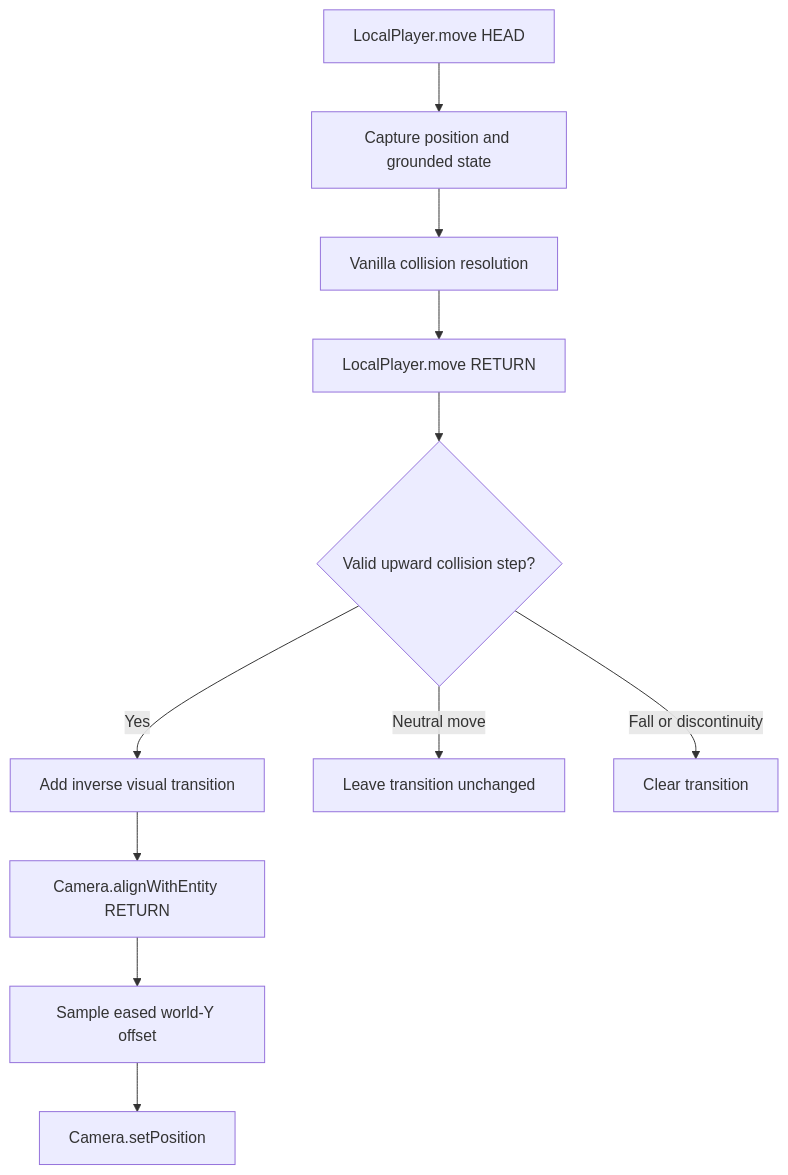
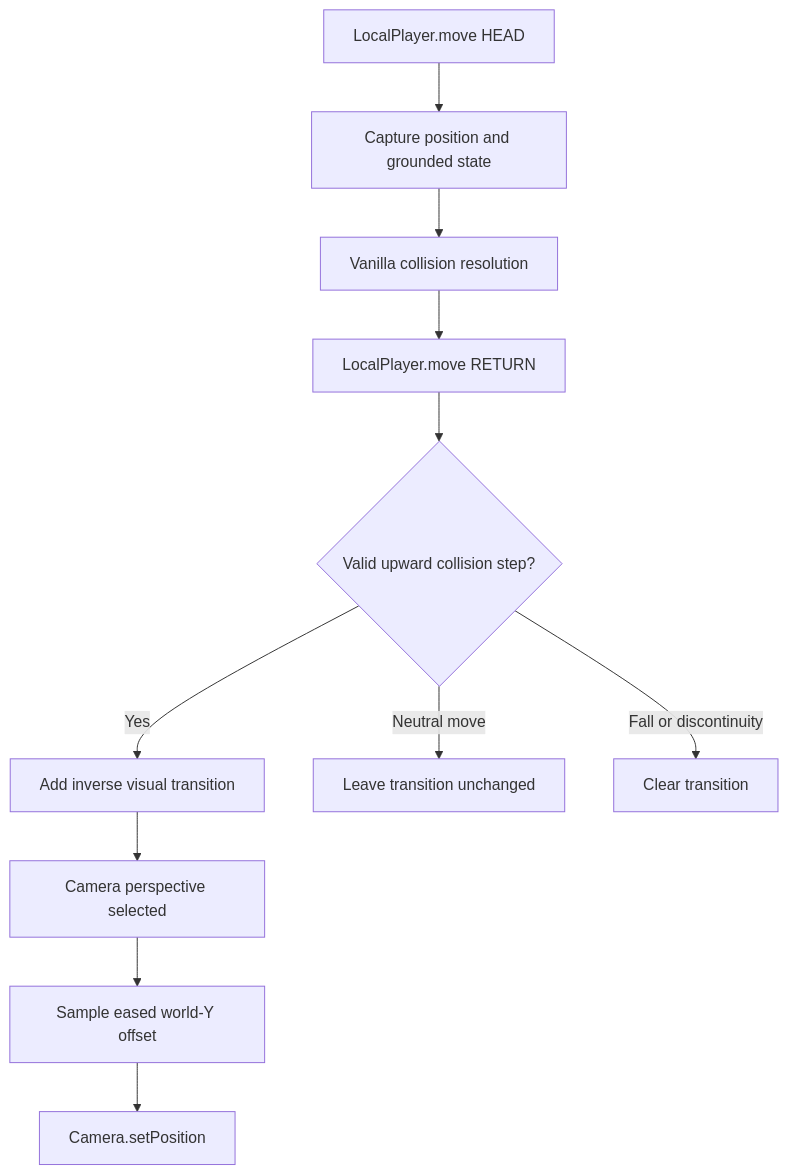
The diagram in docs/DESIGN.md (chedidandrew/StepUp-Camera-Smoother), drawn with Mermaid before and after one commit. The commit also changed other lines of this file and 14 other files, not shown here.

````diff
--- a/docs/DESIGN.md
+++ b/docs/DESIGN.md
@@ -13,13 +13,13 @@
 ```mermaid
 flowchart TD
     A["LocalPlayer.move HEAD"] --> B["Capture position and grounded state"]
     B --> C["Vanilla collision resolution"]
     C --> D["LocalPlayer.move RETURN"]
     D --> E{"Valid upward collision step?"}
     E -- Yes --> F["Add inverse visual transition"]
     E -- Neutral move --> G["Leave transition unchanged"]
     E -- Fall or discontinuity --> K["Clear transition"]
-    F --> H["Camera.alignWithEntity RETURN"]
+    F --> H["Camera perspective selected"]
     H --> I["Sample eased world-Y offset"]
     I --> J["Camera.setPosition"]
 ```
````
